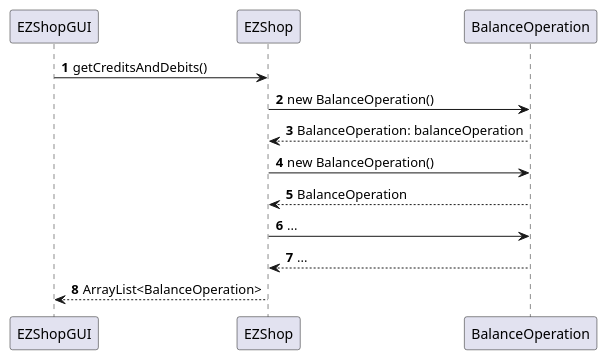
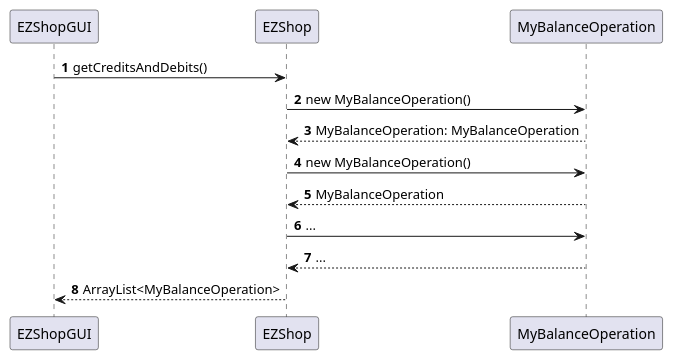
One commit to mkexc/ezshop changed diagram 21 of 22 in Deliverables/DesignDocument.md. Above: the diagram before and after it, drawn with PlantUML. The commit also changed other lines of this file and 160 other files, not shown here.

````diff
--- a/Deliverables/DesignDocument.md
+++ b/Deliverables/DesignDocument.md
@@ -528,13 +520,13 @@
 ```plantuml
 @startuml
 autonumber
 EZShopGUI -> EZShop : getCreditsAndDebits()
-EZShop -> BalanceOperation : new BalanceOperation()
-EZShop <-- BalanceOperation : BalanceOperation: balanceOperation
-EZShop -> BalanceOperation : new BalanceOperation()
-EZShop <-- BalanceOperation : BalanceOperation
-EZShop -> BalanceOperation : ...
-EZShop <-- BalanceOperation : ...
-EZShopGUI <-- EZShop  : ArrayList<BalanceOperation>
+EZShop -> MyBalanceOperation : new MyBalanceOperation()
+EZShop <-- MyBalanceOperation : MyBalanceOperation: MyBalanceOperation
+EZShop -> MyBalanceOperation : new MyBalanceOperation()
+EZShop <-- MyBalanceOperation : MyBalanceOperation
+EZShop -> MyBalanceOperation : ...
+EZShop <-- MyBalanceOperation : ...
+EZShopGUI <-- EZShop  : ArrayList<MyBalanceOperation>
 @enduml
 ```
````
